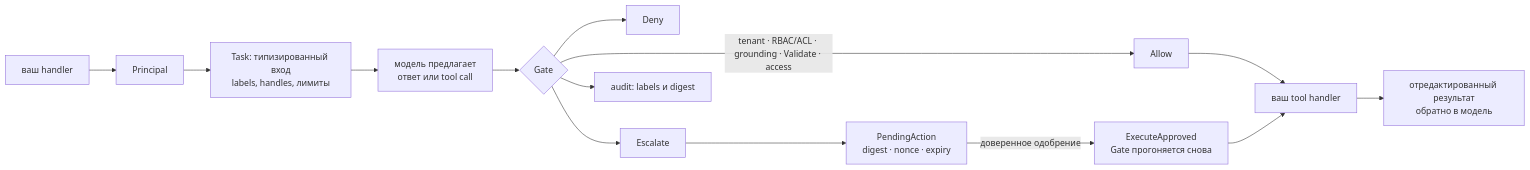
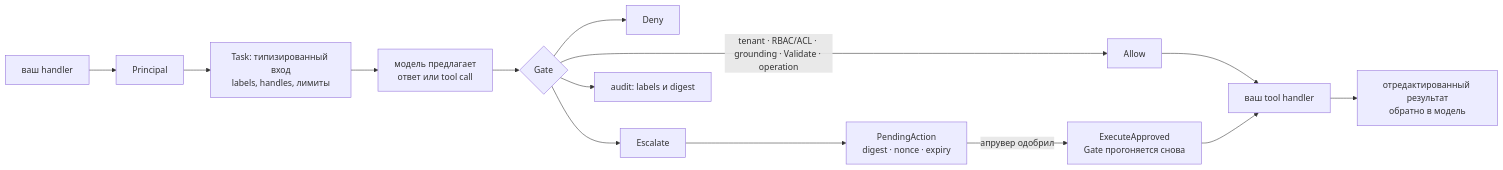
One commit to KirillYuzh/Gobellim changed the diagram in README.ru.md. Above: the diagram before and after it, drawn with Mermaid. The commit also changed other lines of this file and 28 other files, not shown here.

````diff
--- a/README.ru.md
+++ b/README.ru.md
@@ -77,16 +76,16 @@
 ```mermaid
 flowchart LR
     H["ваш handler"] --> P["Principal"]
     P --> T["Task: типизированный вход<br/>labels, handles, лимиты"]
     T --> M["модель предлагает<br/>ответ или tool call"]
     M --> G{"Gate"}
-    G -->|"tenant · RBAC/ACL · grounding · Validate · access"| A["Allow"]
+    G -->|"tenant · RBAC/ACL · grounding · Validate · operation"| A["Allow"]
     G --> D["Deny"]
     G --> E["Escalate"]
     A --> X["ваш tool handler"]
     X --> R["отредактированный результат<br/>обратно в модель"]
     E --> C["PendingAction<br/>digest · nonce · expiry"]
-    C -->|"доверенное одобрение"| EA["ExecuteApproved<br/>Gate прогоняется снова"]
+    C -->|"апрувер одобрил"| EA["ExecuteApproved<br/>Gate прогоняется снова"]
     EA --> X
     G --> AU["audit: labels и digest"]
 ```
````
